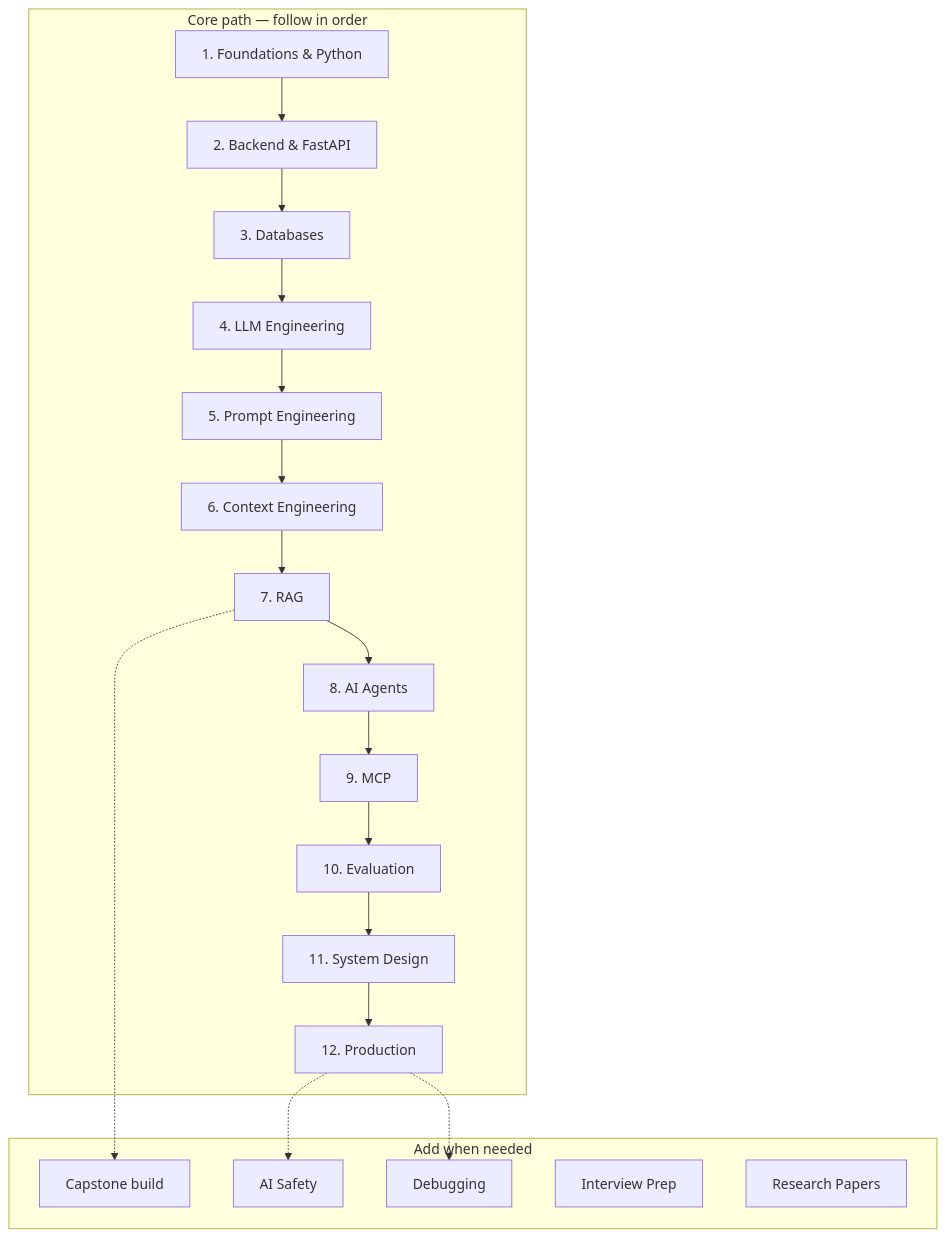
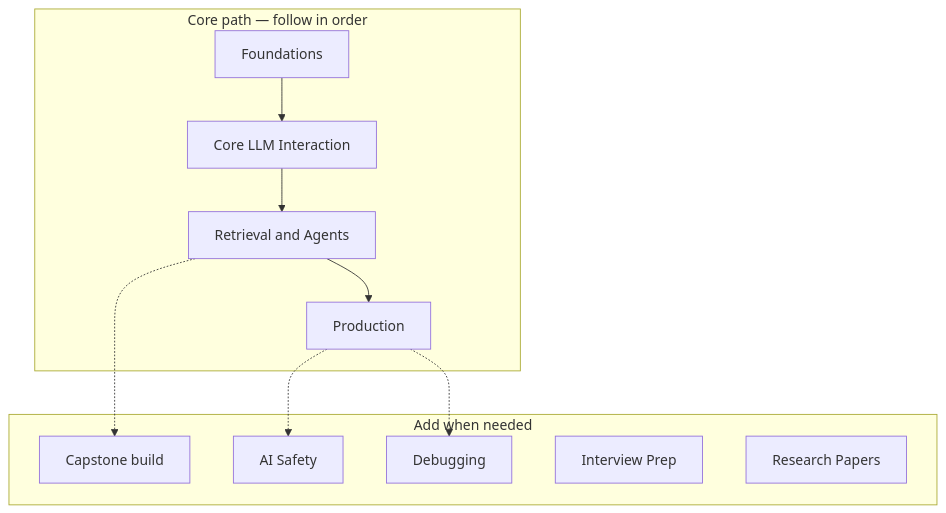
Before and after one commit to abdulsamad183/ai-engineering-playbook: the diagram in meta/roadmap.md, drawn with Mermaid. The commit also changed other lines of this file and 301 other files, not shown here.

````diff
--- a/meta/roadmap.md
+++ b/meta/roadmap.md
@@ -10,30 +10,22 @@
 ```mermaid
 flowchart TB
   subgraph core [Core path — follow in order]
-    P1[1. Foundations & Python]
-    P2[2. Backend & FastAPI]
-    P3[3. Databases]
-    P4[4. LLM Engineering]
-    P5[5. Prompt Engineering]
-    P6[6. Context Engineering]
-    P7[7. RAG]
-    P8[8. AI Agents]
-    P9[9. MCP]
-    P10[10. Evaluation]
-    P11[11. System Design]
-    P12[12. Production]
-    P1 --> P2 --> P3 --> P4 --> P5 --> P6 --> P7 --> P8 --> P9 --> P10 --> P11 --> P12
+    F[Foundations]
+    C[Core LLM Interaction]
+    RA[Retrieval and Agents]
+    P[Production]
+    F --> C --> RA --> P
   end
 
   subgraph side [Add when needed]
     CAP[Capstone build]
     SAFE[AI Safety]
     DBG[Debugging]
     INT[Interview Prep]
     PAP[Research Papers]
   end
 
-  P7 -.-> CAP
-  P12 -.-> SAFE
-  P12 -.-> DBG
+  RA -.-> CAP
+  P -.-> SAFE
+  P -.-> DBG
 ```
````
